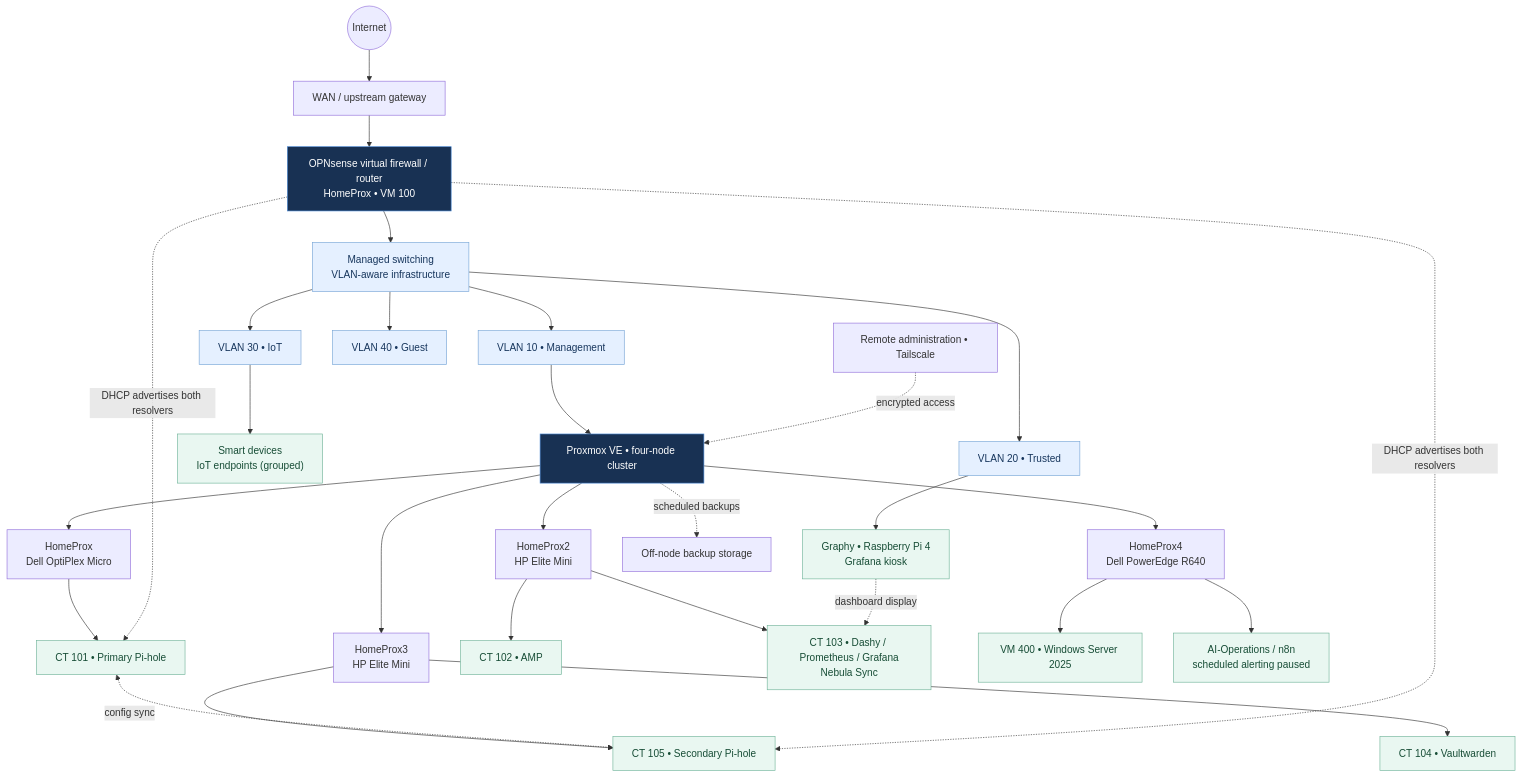
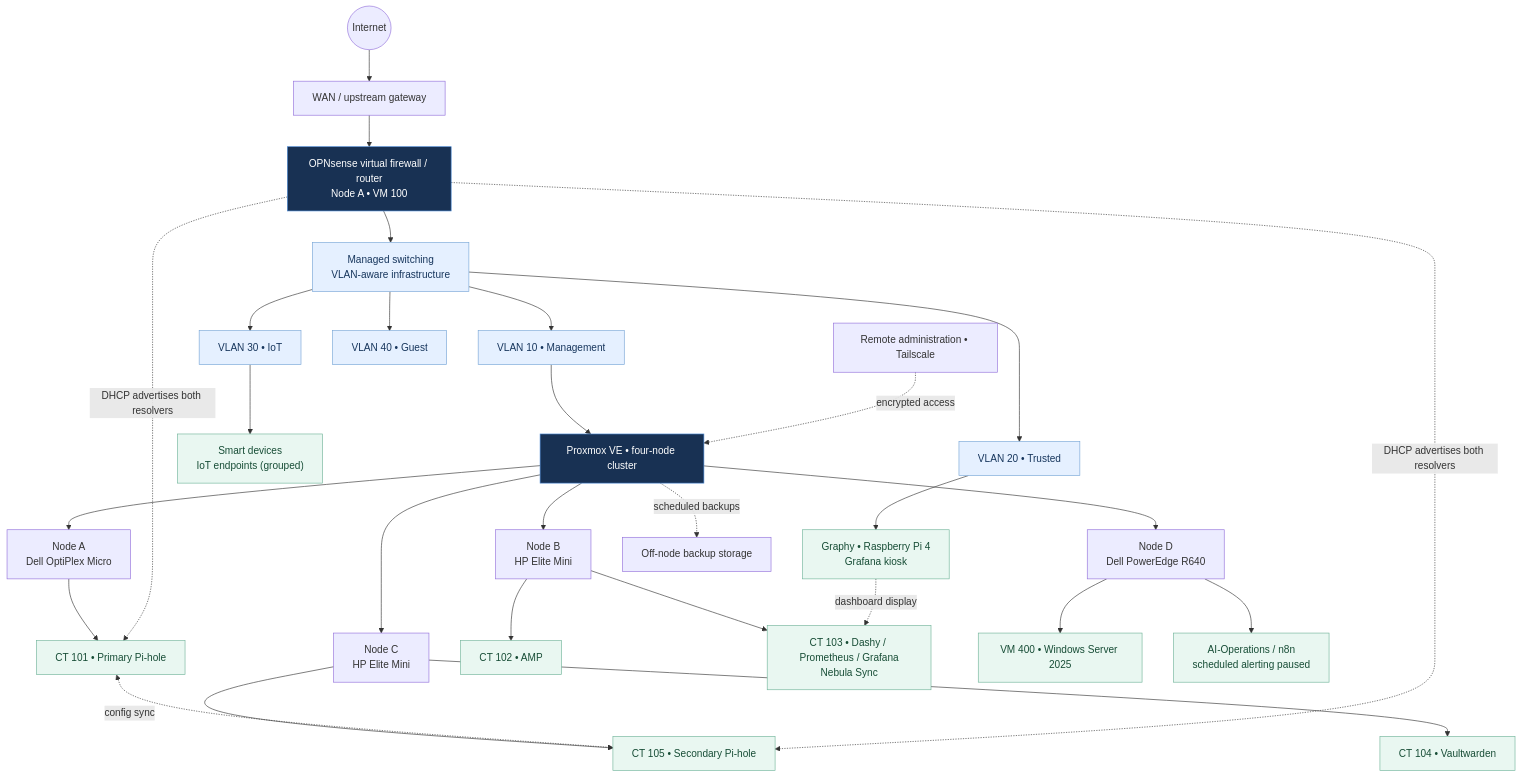
The diagram in network/diagrams/homelab-network.mmd (samuelkemp1619/HOMELAB-PORTFOLIO), drawn with Mermaid before and after one commit.

Commit message:
Standardize public portfolio privacy and historical project status

```diff
--- a/network/diagrams/homelab-network.mmd
+++ b/network/diagrams/homelab-network.mmd
@@ -1,34 +1,34 @@
 flowchart TB
     WAN((Internet)) --> EDGE["WAN / upstream gateway"]
-    EDGE --> FW["OPNsense virtual firewall / router<br/>HomeProx • VM 100"]
+    EDGE --> FW["OPNsense virtual firewall / router<br/>Node A • VM 100"]
     FW --> SWITCH["Managed switching<br/>VLAN-aware infrastructure"]
     SWITCH --> V10["VLAN 10 • Management"]
     SWITCH --> V20["VLAN 20 • Trusted"]
     SWITCH --> V30["VLAN 30 • IoT"]
     SWITCH --> V40["VLAN 40 • Guest"]
     V30 --> SMART["Smart devices<br/>IoT endpoints (grouped)"]
     V10 --> CLUSTER["Proxmox VE • four-node cluster"]
-    CLUSTER --> P1["HomeProx<br/>Dell OptiPlex Micro"]
-    CLUSTER --> P2["HomeProx2<br/>HP Elite Mini"]
-    CLUSTER --> P3["HomeProx3<br/>HP Elite Mini"]
-    CLUSTER --> P4["HomeProx4<br/>Dell PowerEdge R640"]
+    CLUSTER --> P1["Node A<br/>Dell OptiPlex Micro"]
+    CLUSTER --> P2["Node B<br/>HP Elite Mini"]
+    CLUSTER --> P3["Node C<br/>HP Elite Mini"]
+    CLUSTER --> P4["Node D<br/>Dell PowerEdge R640"]
     P1 --> DNS1["CT 101 • Primary Pi-hole"]
     P2 --> APP["CT 102 • AMP"]
     P2 --> OBS["CT 103 • Dashy / Prometheus / Grafana<br/>Nebula Sync"]
     P3 --> VAULT["CT 104 • Vaultwarden"]
     P3 --> DNS2["CT 105 • Secondary Pi-hole"]
     P4 --> WIN["VM 400 • Windows Server 2025"]
     P4 --> AI["AI-Operations / n8n<br/>scheduled alerting paused"]
     DNS1 <-. "config sync" .-> DNS2
     FW -. "DHCP advertises both resolvers" .-> DNS1
     FW -. "DHCP advertises both resolvers" .-> DNS2
     V20 --> GRAPHY["Graphy • Raspberry Pi 4<br/>Grafana kiosk"]
     GRAPHY -. "dashboard display" .-> OBS
     REMOTE["Remote administration • Tailscale"] -. "encrypted access" .-> CLUSTER
     CLUSTER -. "scheduled backups" .-> BACKUP["Off-node backup storage"]
     classDef core fill:#183153,color:#fff,stroke:#4c8ad5
     classDef network fill:#e5f0ff,color:#17365d,stroke:#77a5d6
     classDef service fill:#e9f7f1,color:#174d36,stroke:#71b49a
     class FW,CLUSTER core
     class SWITCH,V10,V20,V30,V40 network
     class DNS1,DNS2,OBS,VAULT,GRAPHY,APP,WIN,AI,SMART service
```
